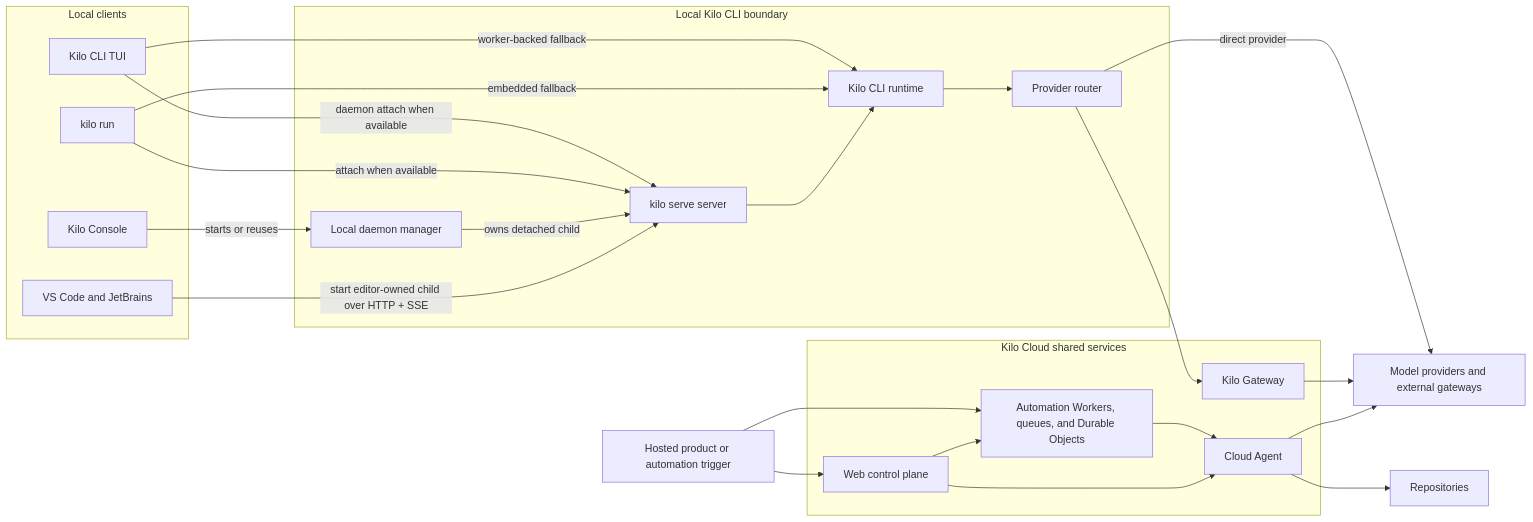
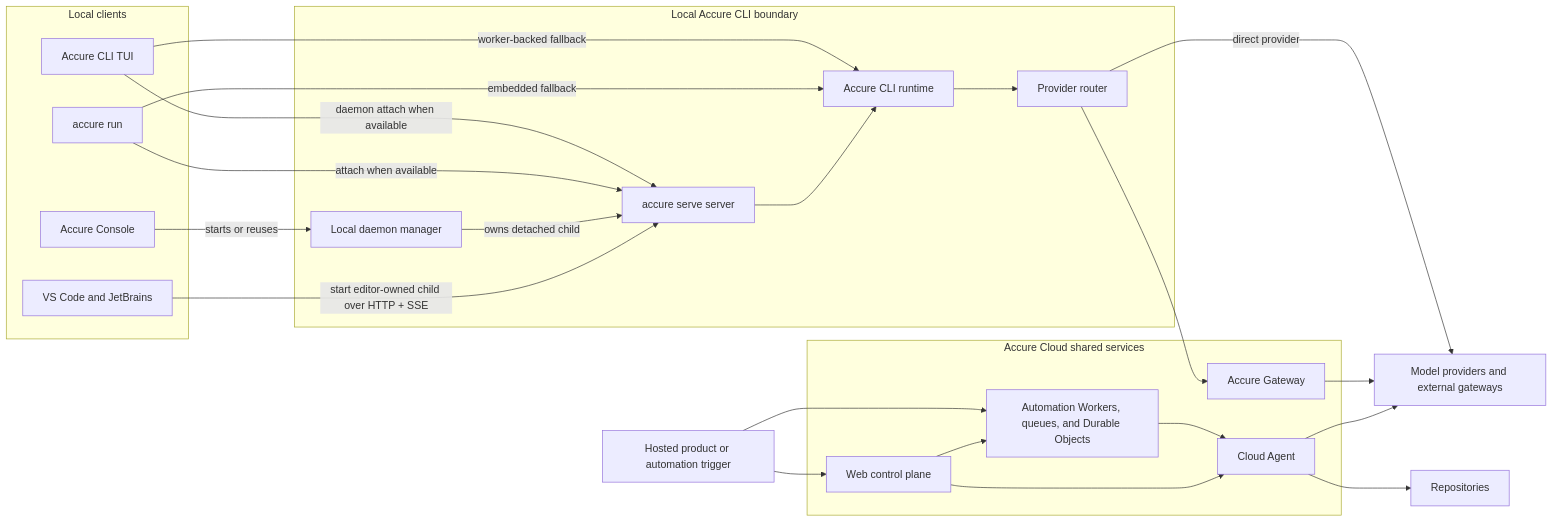
Before and after one commit to Accure-Inc/accure-code: the first of 2 diagrams in packages/accure-docs/pages/contributing/architecture/index.md, drawn with Mermaid. The commit also changed other lines of this file and 2711 other files, not shown here.

Commit message:
feat: initialize core workspace architecture and component configuration

````diff
--- a/packages/accure-docs/pages/contributing/architecture/index.md
+++ b/packages/accure-docs/pages/contributing/architecture/index.md
@@ -65,45 +65,45 @@
 ```mermaid
 flowchart LR
   subgraph clients ["Local clients"]
-    tui["Kilo CLI TUI"]
-    run["kilo run"]
-    console["Kilo Console"]
+    tui["Accure CLI TUI"]
+    run["accure run"]
+    console["Accure Console"]
     editors["VS Code and JetBrains"]
   end
 
-  subgraph local ["Local Kilo CLI boundary"]
+  subgraph local ["Local Accure CLI boundary"]
     daemon["Local daemon manager"]
-    server["kilo serve server"]
-    runtime["Kilo CLI runtime"]
+    server["accure serve server"]
+    runtime["Accure CLI runtime"]
     router["Provider router"]
   end
 
-  subgraph cloud ["Kilo Cloud shared services"]
+  subgraph cloud ["Accure Cloud shared services"]
     web["Web control plane"]
     workers["Automation Workers, queues, and Durable Objects"]
-    gateway["Kilo Gateway"]
+    gateway["Accure Gateway"]
     agent["Cloud Agent"]
   end
 
   trigger["Hosted product or automation trigger"]
   repos["Repositories"]
   models["Model providers and external gateways"]
 
   tui -->|"daemon attach when available"| server
   tui -->|"worker-backed fallback"| runtime
   run -->|"attach when available"| server
   run -->|"embedded fallback"| runtime
   console -->|"starts or reuses"| daemon
   daemon -->|"owns detached child"| server
   editors -->|"start editor-owned child over HTTP + SSE"| server
   server --> runtime --> router
   router -->|"direct provider"| models
   router --> gateway --> models
 
   trigger --> web
   trigger --> workers
   web --> workers --> agent
   web --> agent
   agent --> repos
   agent --> models
 ```
````
